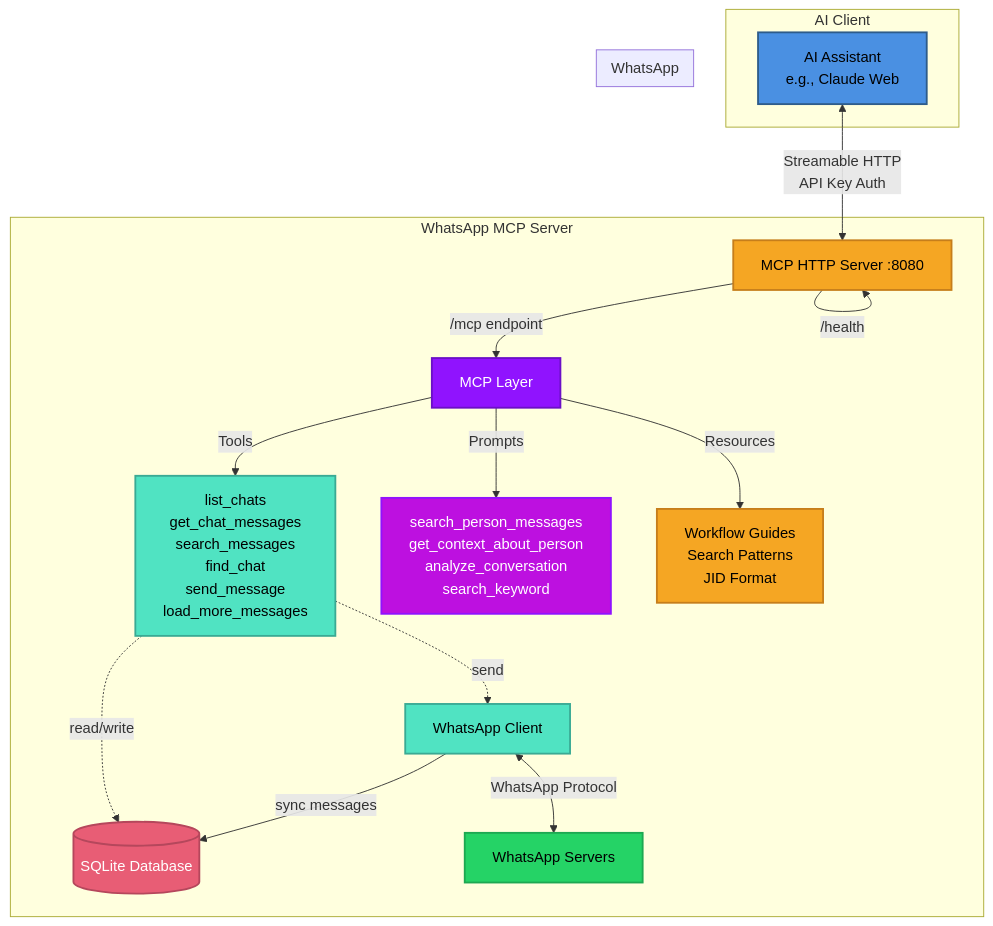
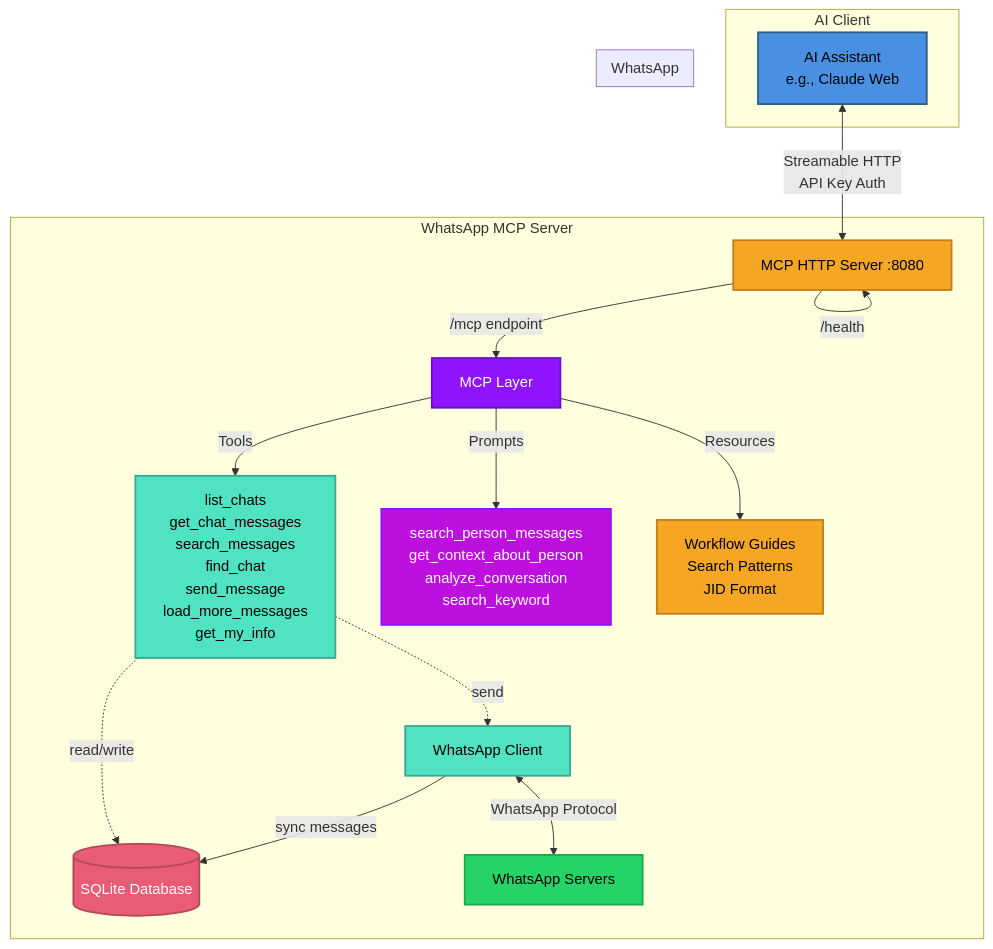
One commit to felipeadeildo/whatsapp-mcp changed the diagram in README.md. Above: the diagram before and after it, drawn with Mermaid. The commit also changed other lines of this file and 3 other files, not shown here.

Commit message:
feat: add `get_my_info` tool to retrieve WhatsApp profile information

````diff
--- a/README.md
+++ b/README.md
@@ -84,42 +85,42 @@
 ```mermaid
 graph TB
     subgraph "AI Client"
         A[AI Assistant <br/> e.g., Claude Web]
     end
 
     subgraph "WhatsApp MCP Server"
         B[MCP HTTP Server :8080]
         C[MCP Layer]
         D[WhatsApp Client]
         E[(SQLite Database)]
 
         B -->|/mcp endpoint| C
         B -->|/health| B
 
-        C -->|Tools| C1[list_chats<br/>get_chat_messages<br/>search_messages<br/>find_chat<br/>send_message<br/>load_more_messages]
+        C -->|Tools| C1[list_chats<br/>get_chat_messages<br/>search_messages<br/>find_chat<br/>send_message<br/>load_more_messages<br/>get_my_info]
         C -->|Prompts| C2[search_person_messages<br/>get_context_about_person<br/>analyze_conversation<br/>search_keyword]
         C -->|Resources| C3[Workflow Guides<br/>Search Patterns<br/>JID Format]
 
         C1 -.->|read/write| E
         C1 -.->|send| D
 
         D -->|sync messages| E
         D <-->|WhatsApp Protocol| F
     end
 
     subgraph "WhatsApp"
         F[WhatsApp Servers]
     end
 
     A <-->|Streamable HTTP<br/>API Key Auth| B
 
     style A fill:#4A90E2,stroke:#2E5C8A,stroke-width:2px,color:#000
     style B fill:#F5A623,stroke:#C67E1B,stroke-width:2px,color:#000
     style C fill:#9013FE,stroke:#6B0FC7,stroke-width:2px,color:#fff
     style C1 fill:#50E3C2,stroke:#3AAA94,stroke-width:2px,color:#000
     style C2 fill:#BD10E0,stroke:#9012FE,stroke-width:2px,color:#fff
     style C3 fill:#F5A623,stroke:#C67E1B,stroke-width:2px,color:#000
     style D fill:#50E3C2,stroke:#3AAA94,stroke-width:2px,color:#000
     style E fill:#E85D75,stroke:#B5475C,stroke-width:2px,color:#fff
     style F fill:#25D366,stroke:#1DA851,stroke-width:2px,color:#000
 ```
````
